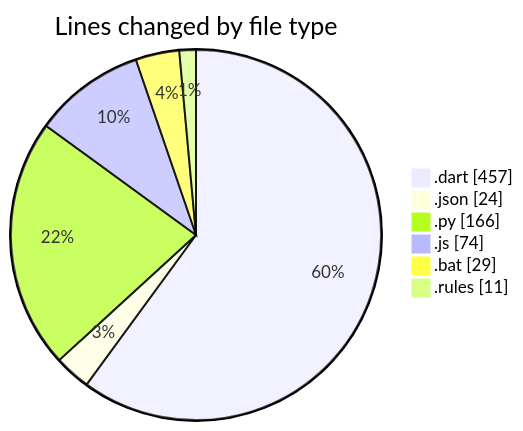
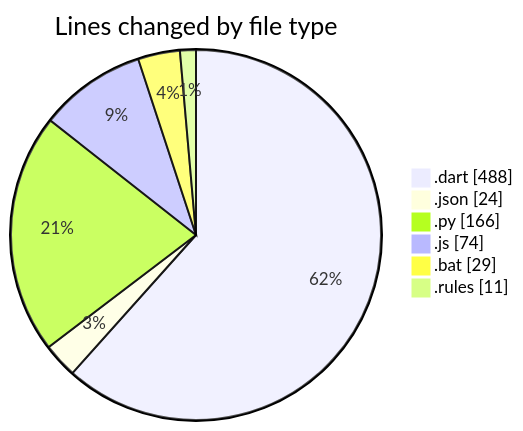
The first of 2 diagrams in 2025-08-04/studybuddy/README.md (lephambinh05/code-tracking), drawn with Mermaid before and after one commit. The commit also changed other lines of this file and 1 other file, not shown here.

````diff
--- a/2025-08-04/studybuddy/README.md
+++ b/2025-08-04/studybuddy/README.md
@@ -32,10 +32,10 @@
 ```mermaid
 pie showData
 title Lines changed by file type
-".dart" : 457
+".dart" : 488
 ".json" : 24
 ".py" : 166
 ".js" : 74
 ".bat" : 29
 ".rules" : 11
 ```
````
